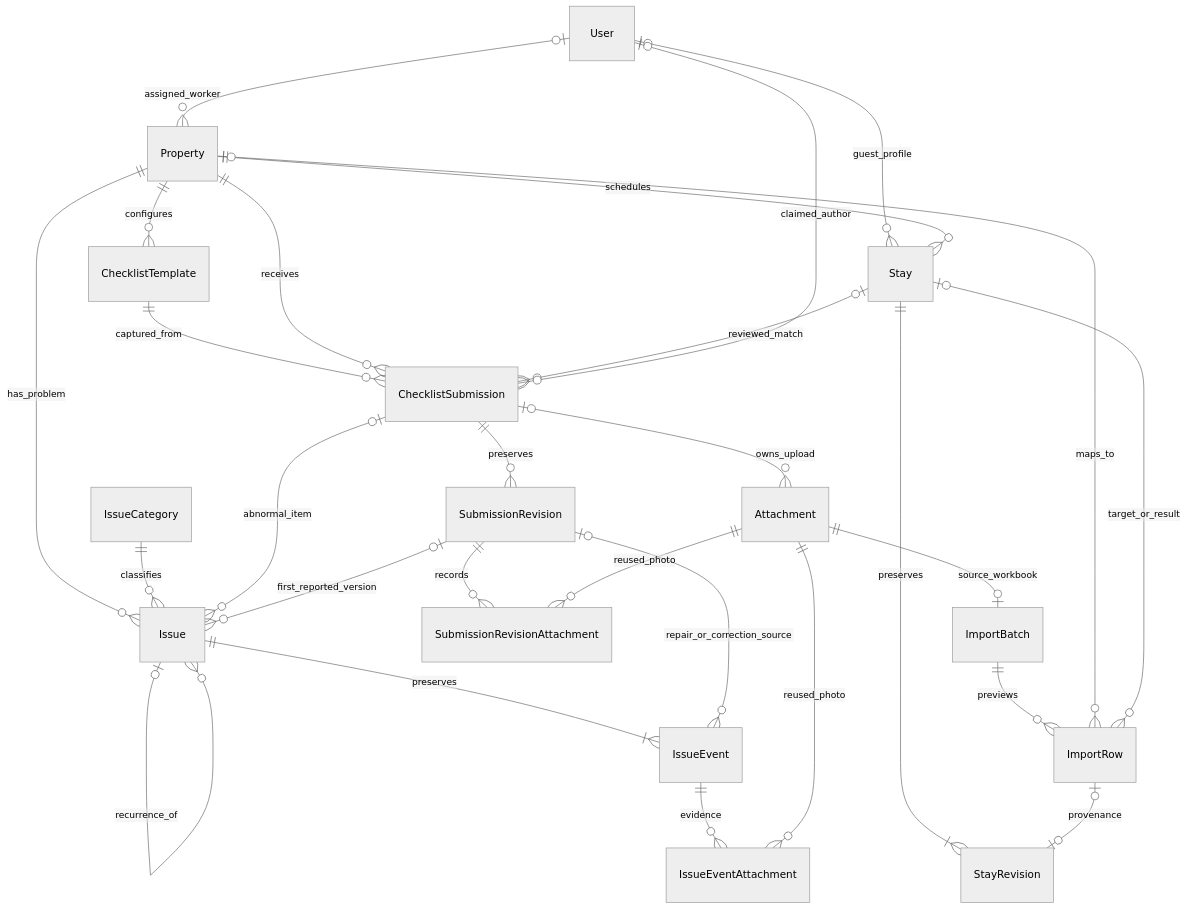
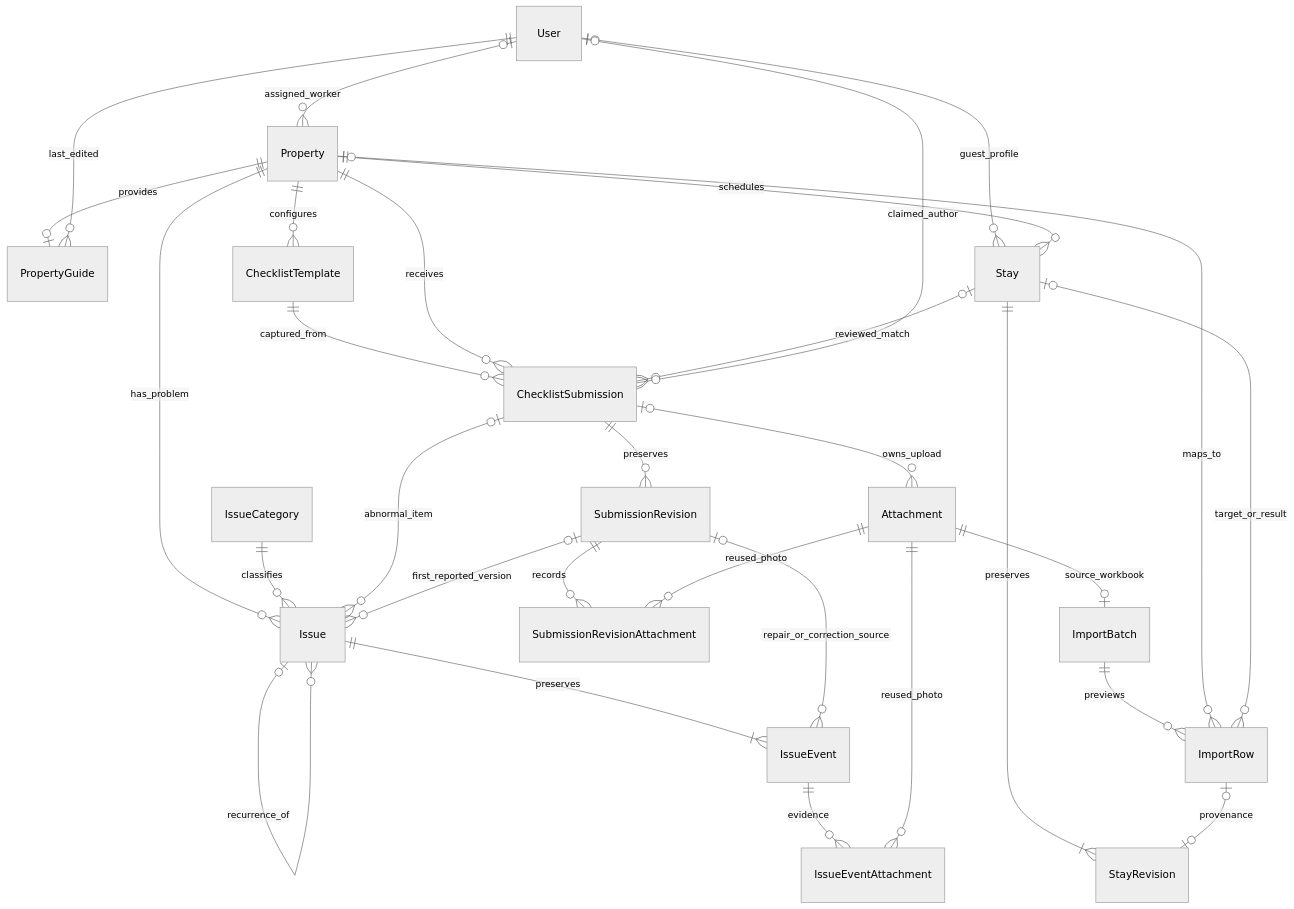
One commit to studyfactory2/retreat-api changed the diagram in docs/data-model.md. Above: the diagram before and after it, drawn with Mermaid (neutral theme). The commit also changed other lines of this file and 17 other files, not shown here.

````diff
--- a/docs/data-model.md
+++ b/docs/data-model.md
@@ -41,30 +43,32 @@
 ```mermaid
 erDiagram
   User o|--o{ Property : assigned_worker
+  Property ||--o| PropertyGuide : provides
+  User ||--o{ PropertyGuide : last_edited
   User o|--o{ Stay : guest_profile
   Property ||--o{ Stay : schedules
   Stay ||--|{ StayRevision : preserves
   Attachment ||--o| ImportBatch : source_workbook
   ImportBatch ||--o{ ImportRow : previews
   Property o|--o{ ImportRow : maps_to
   Stay o|--o{ ImportRow : target_or_result
   ImportRow o|--o| StayRevision : provenance
   Property ||--o{ ChecklistTemplate : configures
   ChecklistTemplate ||--o{ ChecklistSubmission : captured_from
   Property ||--o{ ChecklistSubmission : receives
   Stay o|--o{ ChecklistSubmission : reviewed_match
   User o|--o{ ChecklistSubmission : claimed_author
   ChecklistSubmission ||--o{ SubmissionRevision : preserves
   ChecklistSubmission o|--o{ Attachment : owns_upload
   SubmissionRevision ||--o{ SubmissionRevisionAttachment : records
   Attachment ||--o{ SubmissionRevisionAttachment : reused_photo
   Property ||--o{ Issue : has_problem
   IssueCategory ||--o{ Issue : classifies
   ChecklistSubmission o|--o{ Issue : abnormal_item
   SubmissionRevision o|--o{ Issue : first_reported_version
   Issue o|--o{ Issue : recurrence_of
   Issue ||--|{ IssueEvent : preserves
   SubmissionRevision o|--o{ IssueEvent : repair_or_correction_source
   IssueEvent ||--o{ IssueEventAttachment : evidence
   Attachment ||--o{ IssueEventAttachment : reused_photo
 ```
````
